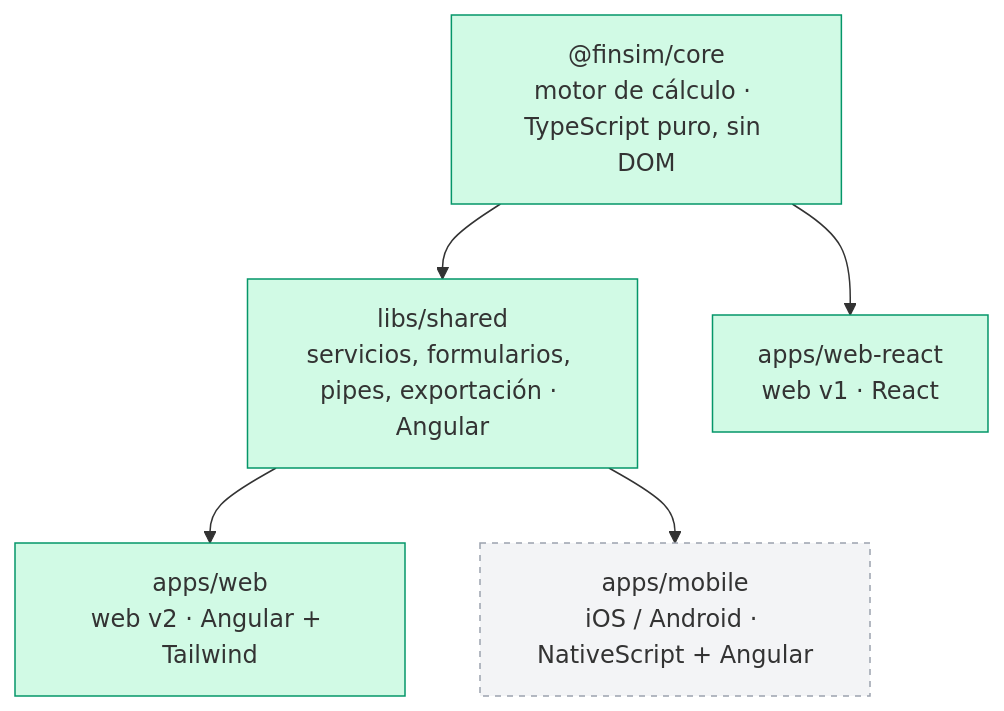
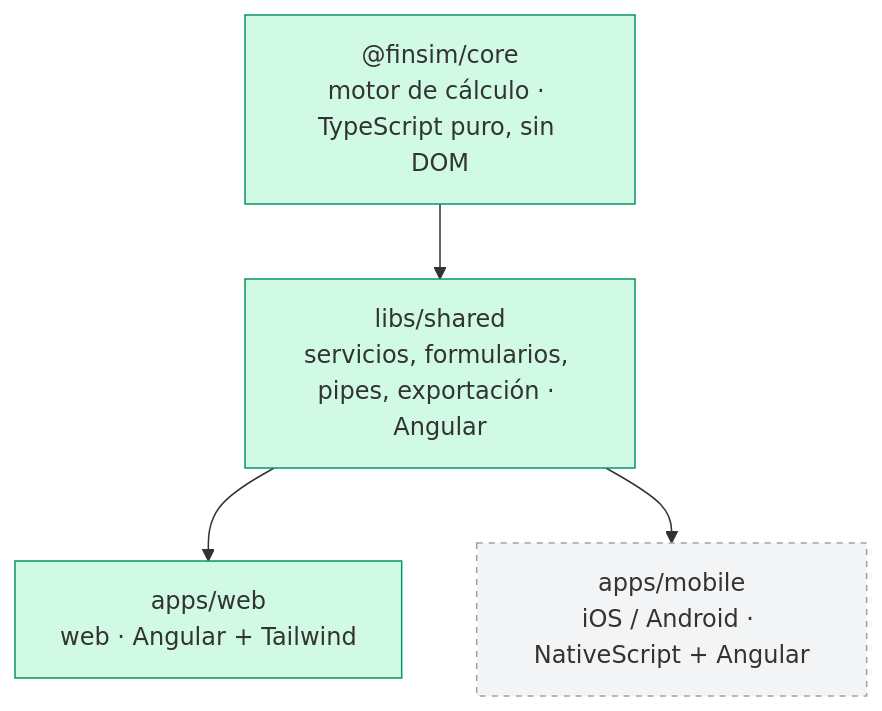
Before and after one commit to etenorio87/finsim: the diagram in README.md, drawn with Mermaid. The commit also changed other lines of this file and 28 other files, not shown here.

First line of the commit message:
Fase 3: la web Angular pasa a producción

````diff
--- a/README.md
+++ b/README.md
@@ -37,18 +36,16 @@
 ```mermaid
 flowchart TD
     core["@finsim/core<br/>motor de cálculo · TypeScript puro, sin DOM"]
     shared["libs/shared<br/>servicios, formularios, pipes, exportación · Angular"]
-    react["apps/web-react<br/>web v1 · React"]
-    web["apps/web<br/>web v2 · Angular + Tailwind"]
+    web["apps/web<br/>web · Angular + Tailwind"]
     mobile["apps/mobile<br/>iOS / Android · NativeScript + Angular"]
 
-    core --> react
     core --> shared
     shared --> web
     shared --> mobile
 
     classDef actual fill:#d1fae5,stroke:#059669
     classDef previsto fill:#f3f4f6,stroke:#9ca3af,stroke-dasharray:4
-    class core,react,shared,web actual
+    class core,shared,web actual
     class mobile previsto
 ```
````
